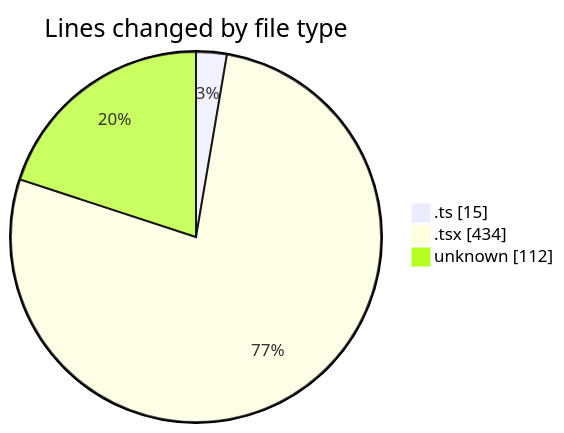
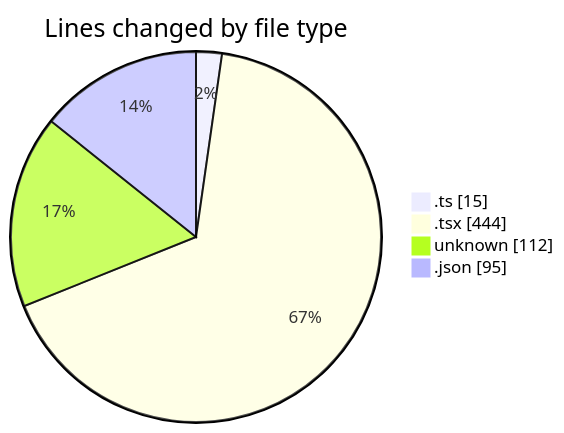
Before and after one commit to momahboobian/code-tracking: the first of 2 diagrams in 2026-04-29/cda/README.md, drawn with Mermaid. The commit also changed other lines of this file and 1 other file, not shown here.

````diff
--- a/2026-04-29/cda/README.md
+++ b/2026-04-29/cda/README.md
@@ -27,7 +28,8 @@
 ```mermaid
 pie showData
 title Lines changed by file type
 ".ts" : 15
-".tsx" : 434
+".tsx" : 444
 "unknown" : 112
+".json" : 95
 ```
````
